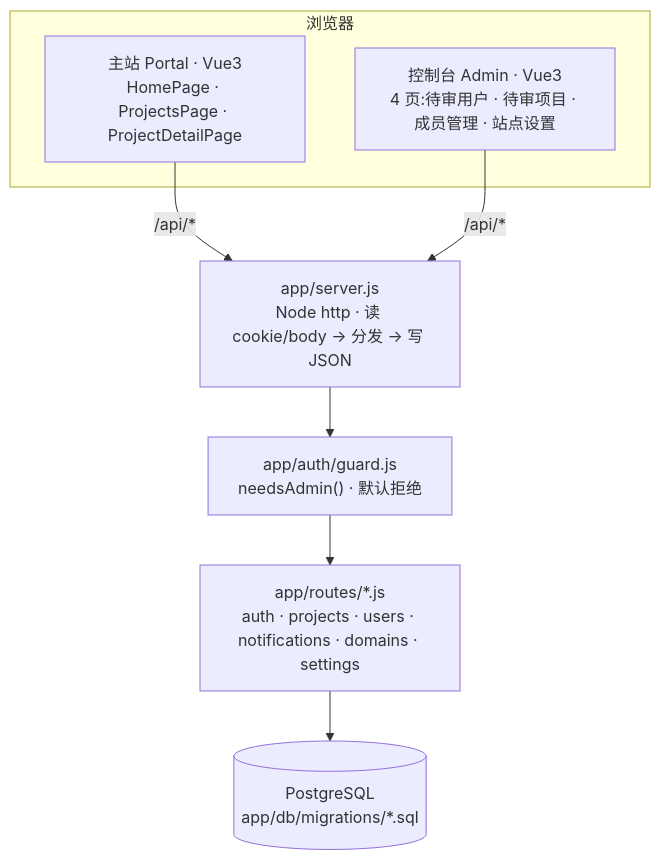
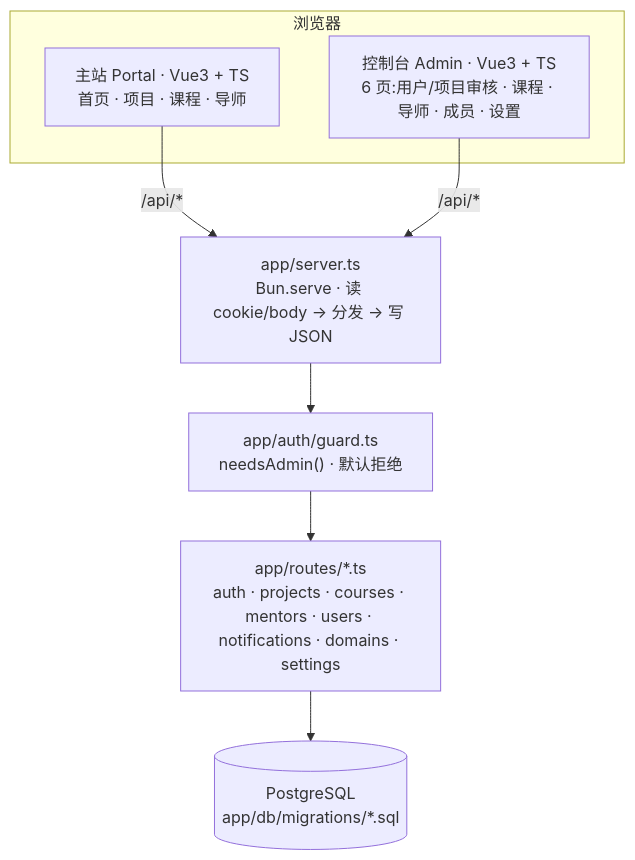
Before and after one commit to y-vvang/starisle: the diagram in README.md, drawn with Mermaid. The commit also changed other lines of this file and 8 other files, not shown here.

````diff
--- a/README.md
+++ b/README.md
@@ -39,16 +39,16 @@
 ```mermaid
 flowchart TD
     subgraph Browser["浏览器"]
-      Portal["主站 Portal · Vue3<br/>HomePage · ProjectsPage · ProjectDetailPage"]
-      Admin["控制台 Admin · Vue3<br/>4 页:待审用户 · 待审项目 · 成员管理 · 站点设置"]
+      Portal["主站 Portal · Vue3 + TS<br/>首页 · 项目 · 课程 · 导师"]
+      Admin["控制台 Admin · Vue3 + TS<br/>6 页:用户/项目审核 · 课程 · 导师 · 成员 · 设置"]
     end
 
-    Server["app/server.js<br/>Node http · 读 cookie/body → 分发 → 写 JSON"]
-    Guard["app/auth/guard.js<br/>needsAdmin() · 默认拒绝"]
-    Routes["app/routes/*.js<br/>auth · projects · users · notifications · domains · settings"]
+    Server["app/server.ts<br/>Bun.serve · 读 cookie/body → 分发 → 写 JSON"]
+    Guard["app/auth/guard.ts<br/>needsAdmin() · 默认拒绝"]
+    Routes["app/routes/*.ts<br/>auth · projects · courses · mentors · users · notifications · domains · settings"]
     DB[("PostgreSQL<br/>app/db/migrations/*.sql")]
 
     Portal -->|"/api/*"| Server
     Admin -->|"/api/*"| Server
     Server --> Guard --> Routes --> DB
 ```
````
